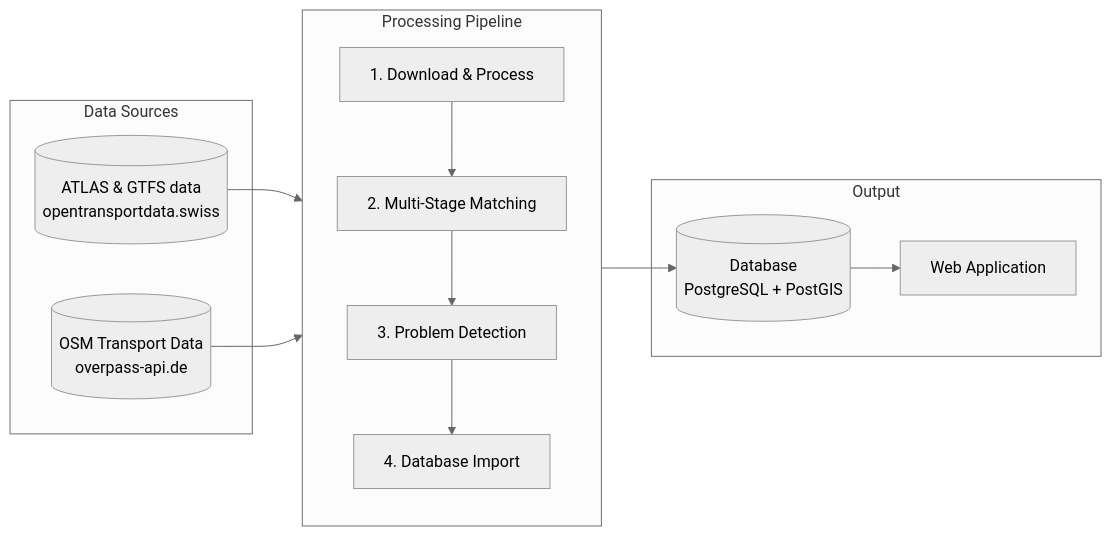
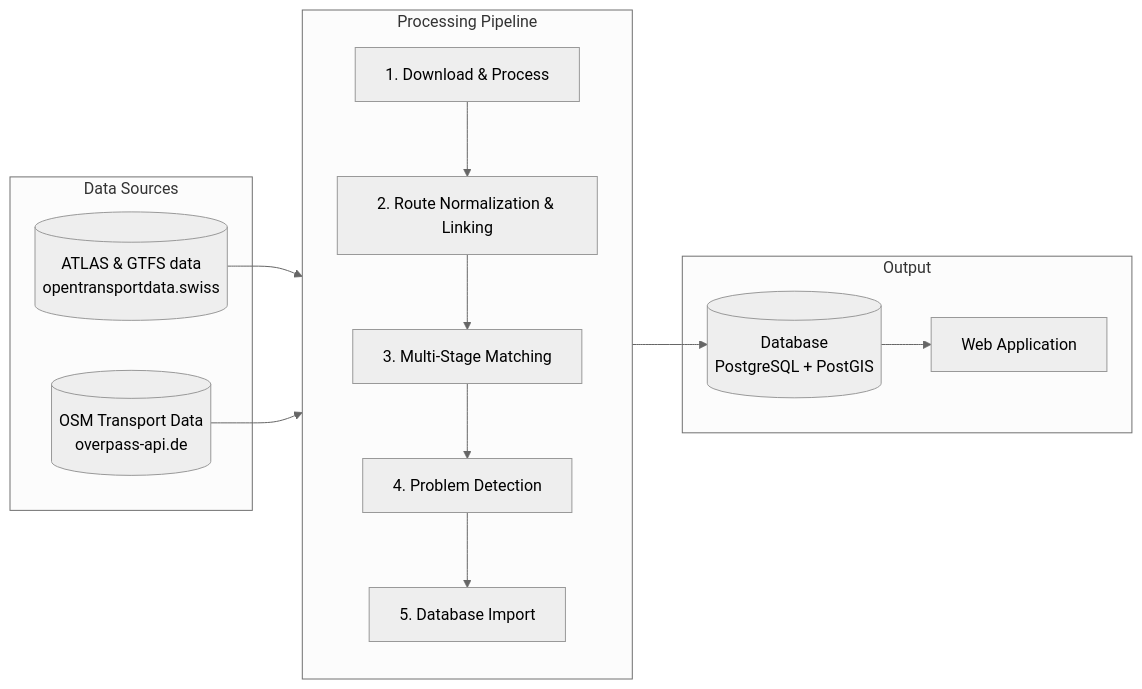
One commit to openTdataCH/stop_sync_osm_atlas changed the second of 2 diagrams in documentation/0. Intro.md. Above: the diagram before and after it, drawn with Mermaid (neutral theme). The commit also changed other lines of this file and 55 other files, not shown here.

````diff
--- a/documentation/0. Intro.md
+++ b/documentation/0. Intro.md
@@ -58,26 +58,27 @@
 ```mermaid
 flowchart LR
     subgraph Sources["Data Sources"]
         A[("ATLAS & GTFS data<br/>opentransportdata.swiss")]
         O[("OSM Transport Data<br/>overpass-api.de")]
     end
 
     subgraph Pipeline["Processing Pipeline"]
         direction TB
         D["1. Download & Process"]
-        M["2. Multi-Stage Matching"]
-        P["3. Problem Detection"]
-        I["4. Database Import"]
-        D --> M --> P --> I
+        R["2. Route Normalization & Linking"]
+        M["3. Multi-Stage Matching"]
+        P["4. Problem Detection"]
+        I["5. Database Import"]
+        D --> R --> M --> P --> I
     end
 
     subgraph Output["Output"]
         DB[("Database<br/>PostgreSQL + PostGIS")]
         W["Web Application"]
         DB --> W
     end
 
     A --> D
     O --> D
     I --> DB
 ```
````
